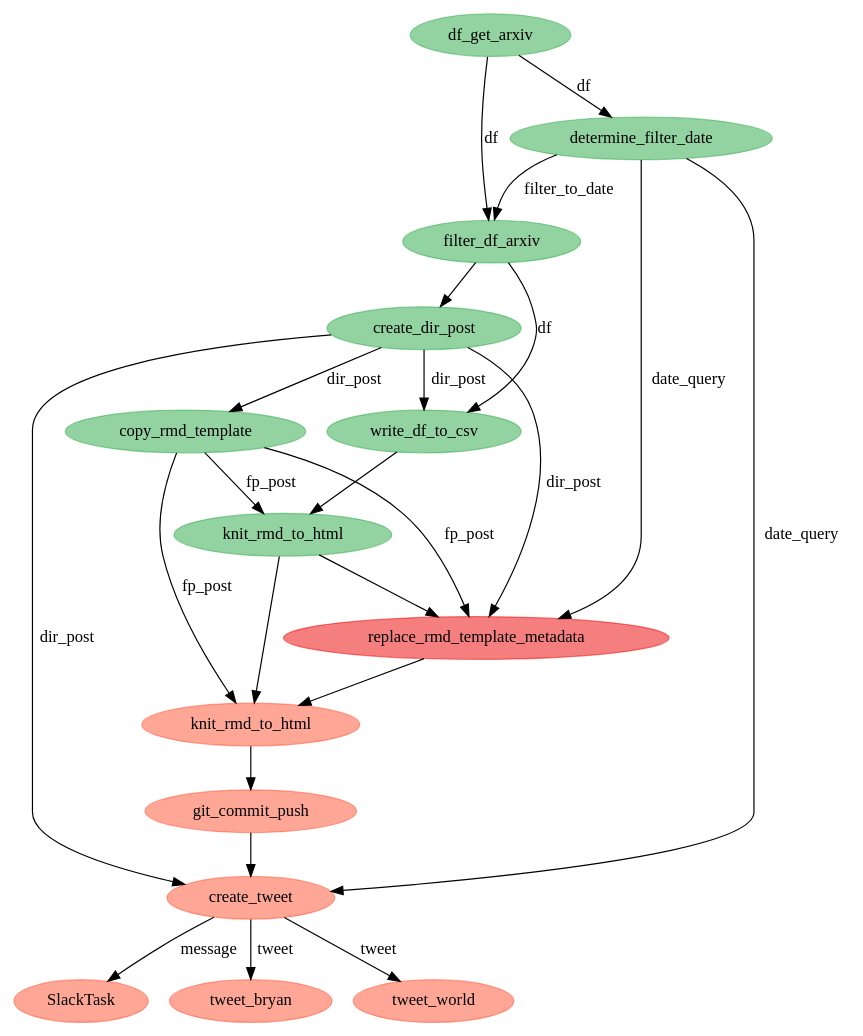
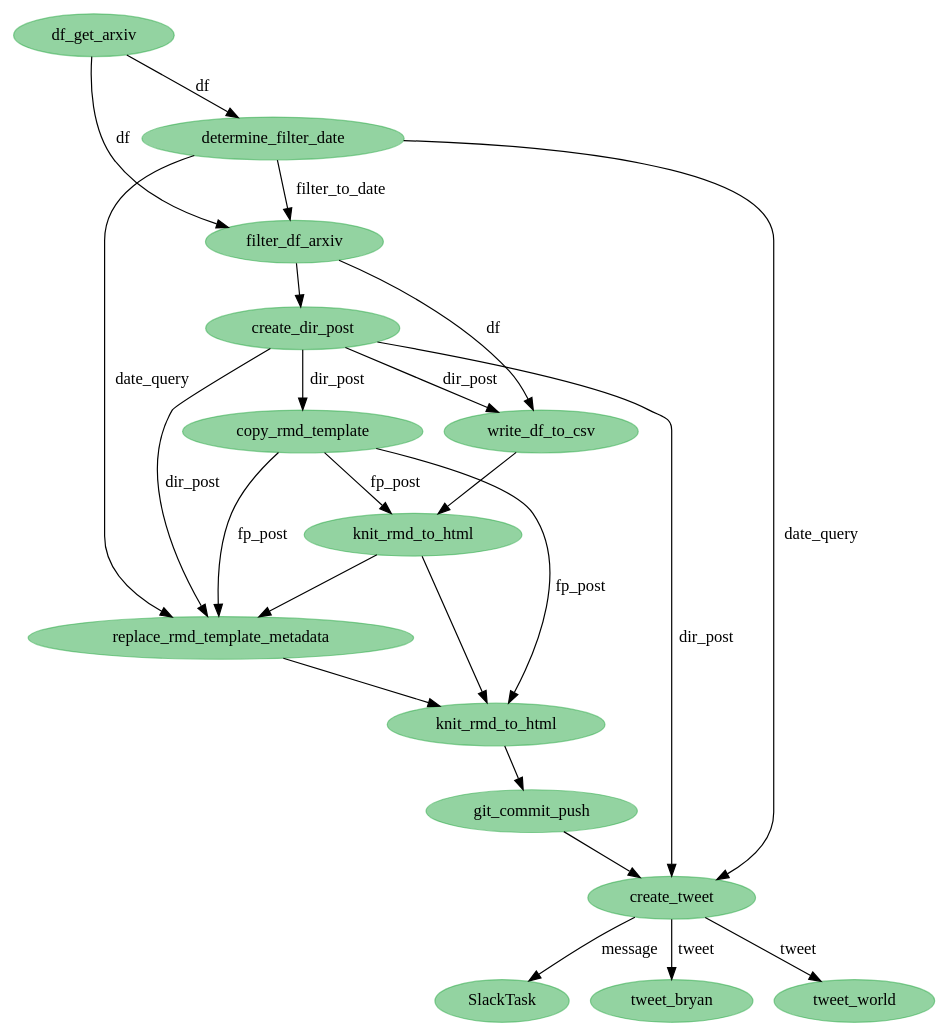
Before and after one commit to bryanwhiting/ds-arxiv: the diagram in python/state-viz.dot, drawn with Graphviz. The commit also changed 9 other files, not shown here.

```diff
--- a/python/state-viz.dot
+++ b/python/state-viz.dot
@@ -1,39 +1,39 @@
 digraph {
-	4653519376 [label=SlackTask color="#ff513180" colorscheme=svg shape=ellipse style=filled]
-	4653506384 [label=tweet_bryan color="#ff513180" colorscheme=svg shape=ellipse style=filled]
-	4653505488 [label=create_tweet color="#ff513180" colorscheme=svg shape=ellipse style=filled]
-	4653466896 [label=df_get_arxiv color="#28a74580" colorscheme=svg shape=ellipse style=filled]
-	4653466384 [label=determine_filter_date color="#28a74580" colorscheme=svg shape=ellipse style=filled]
-	4653467984 [label=write_df_to_csv color="#28a74580" colorscheme=svg shape=ellipse style=filled]
-	4653467472 [label=create_dir_post color="#28a74580" colorscheme=svg shape=ellipse style=filled]
-	4653466640 [label=filter_df_arxiv color="#28a74580" colorscheme=svg shape=ellipse style=filled]
-	4653468944 [label=copy_rmd_template color="#28a74580" colorscheme=svg shape=ellipse style=filled]
-	4653469200 [label=knit_rmd_to_html color="#28a74580" colorscheme=svg shape=ellipse style=filled]
-	4653502736 [label=replace_rmd_template_metadata color="#eb000080" colorscheme=svg shape=ellipse style=filled]
-	4653503952 [label=knit_rmd_to_html color="#ff513180" colorscheme=svg shape=ellipse style=filled]
-	4653504848 [label=git_commit_push color="#ff513180" colorscheme=svg shape=ellipse style=filled]
-	4653518992 [label=tweet_world color="#ff513180" colorscheme=svg shape=ellipse style=filled]
-	4653466896 -> 4653466384 [label=df]
-	4653466896 -> 4653466640 [label=df]
-	4653467472 -> 4653467984 [label=dir_post]
-	4653466384 -> 4653502736 [label=date_query]
-	4653467472 -> 4653505488 [label=dir_post]
-	4653505488 -> 4653519376 [label=message]
-	4653505488 -> 4653506384 [label=tweet]
-	4653468944 -> 4653503952 [label=fp_post]
-	4653466640 -> 4653467472
-	4653467984 -> 4653469200
-	4653469200 -> 4653503952
-	4653502736 -> 4653503952
-	4653466640 -> 4653467984 [label=df]
-	4653467472 -> 4653468944 [label=dir_post]
-	4653467472 -> 4653502736 [label=dir_post]
-	4653466384 -> 4653505488 [label=date_query]
-	4653466384 -> 4653466640 [label=filter_to_date]
-	4653505488 -> 4653518992 [label=tweet]
-	4653468944 -> 4653469200 [label=fp_post]
-	4653468944 -> 4653502736 [label=fp_post]
-	4653469200 -> 4653502736
-	4653503952 -> 4653504848
-	4653504848 -> 4653505488
+	4592701392 [label=SlackTask color="#28a74580" colorscheme=svg shape=ellipse style=filled]
+	4592661136 [label=df_get_arxiv color="#28a74580" colorscheme=svg shape=ellipse style=filled]
+	4592662224 [label=write_df_to_csv color="#28a74580" colorscheme=svg shape=ellipse style=filled]
+	4592660624 [label=determine_filter_date color="#28a74580" colorscheme=svg shape=ellipse style=filled]
+	4592660880 [label=filter_df_arxiv color="#28a74580" colorscheme=svg shape=ellipse style=filled]
+	4592661712 [label=create_dir_post color="#28a74580" colorscheme=svg shape=ellipse style=filled]
+	4592663184 [label=copy_rmd_template color="#28a74580" colorscheme=svg shape=ellipse style=filled]
+	4592663440 [label=knit_rmd_to_html color="#28a74580" colorscheme=svg shape=ellipse style=filled]
+	4592664144 [label=replace_rmd_template_metadata color="#28a74580" colorscheme=svg shape=ellipse style=filled]
+	4592698192 [label=knit_rmd_to_html color="#28a74580" colorscheme=svg shape=ellipse style=filled]
+	4592699088 [label=git_commit_push color="#28a74580" colorscheme=svg shape=ellipse style=filled]
+	4592700624 [label=tweet_bryan color="#28a74580" colorscheme=svg shape=ellipse style=filled]
+	4592699728 [label=create_tweet color="#28a74580" colorscheme=svg shape=ellipse style=filled]
+	4592700880 [label=tweet_world color="#28a74580" colorscheme=svg shape=ellipse style=filled]
+	4592660880 -> 4592662224 [label=df]
+	4592661712 -> 4592662224 [label=dir_post]
+	4592663440 -> 4592698192
+	4592660880 -> 4592661712
+	4592662224 -> 4592663440
+	4592661712 -> 4592664144 [label=dir_post]
+	4592663184 -> 4592664144 [label=fp_post]
+	4592663440 -> 4592664144
+	4592661712 -> 4592699728 [label=dir_post]
+	4592663184 -> 4592663440 [label=fp_post]
+	4592661136 -> 4592660880 [label=df]
+	4592661136 -> 4592660624 [label=df]
+	4592660624 -> 4592699728 [label=date_query]
+	4592660624 -> 4592664144 [label=date_query]
+	4592699728 -> 4592700624 [label=tweet]
+	4592699728 -> 4592700880 [label=tweet]
+	4592661712 -> 4592663184 [label=dir_post]
+	4592664144 -> 4592698192
+	4592698192 -> 4592699088
+	4592699088 -> 4592699728
+	4592660624 -> 4592660880 [label=filter_to_date]
+	4592663184 -> 4592698192 [label=fp_post]
+	4592699728 -> 4592701392 [label=message]
 }
```
